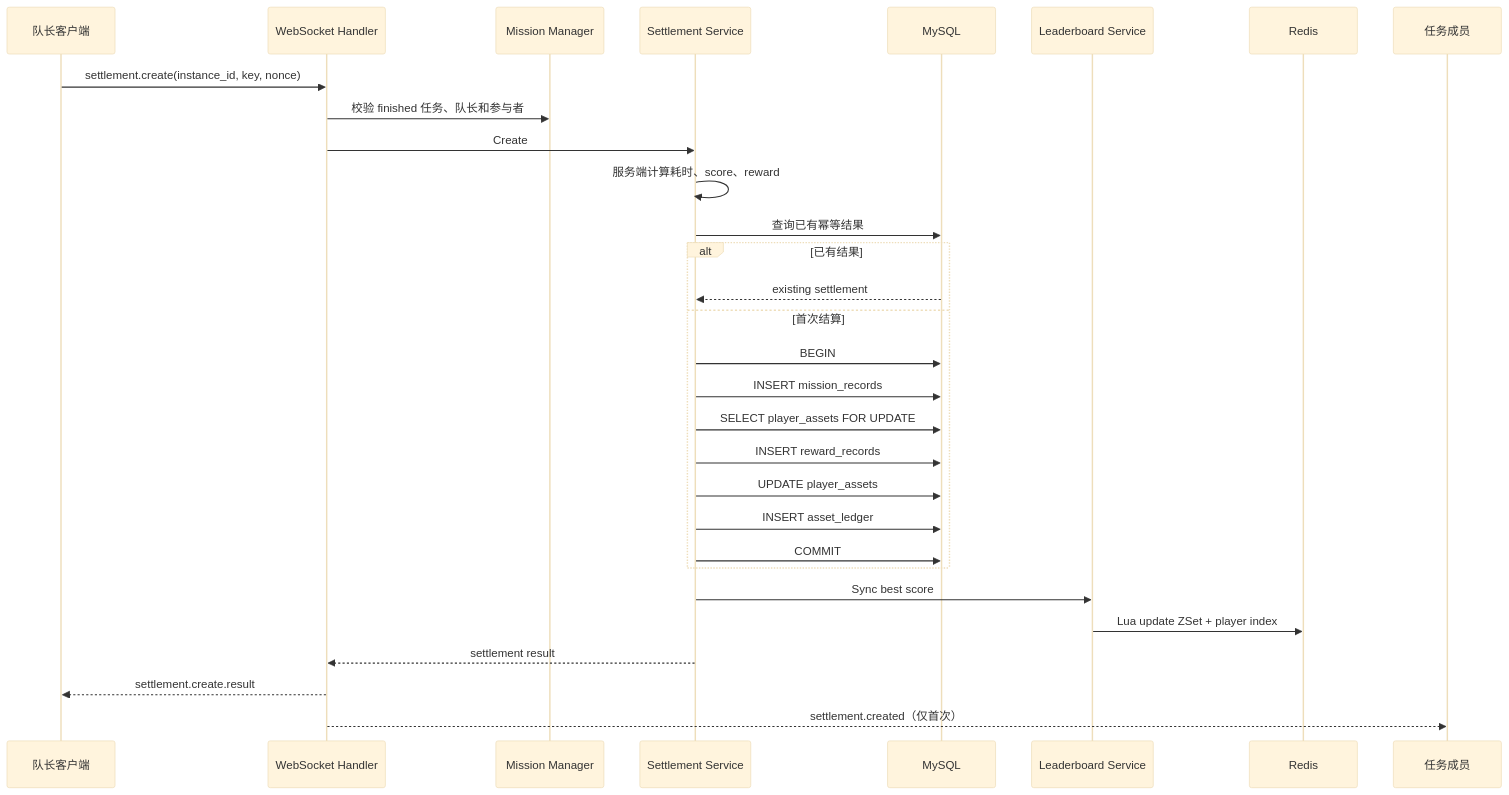
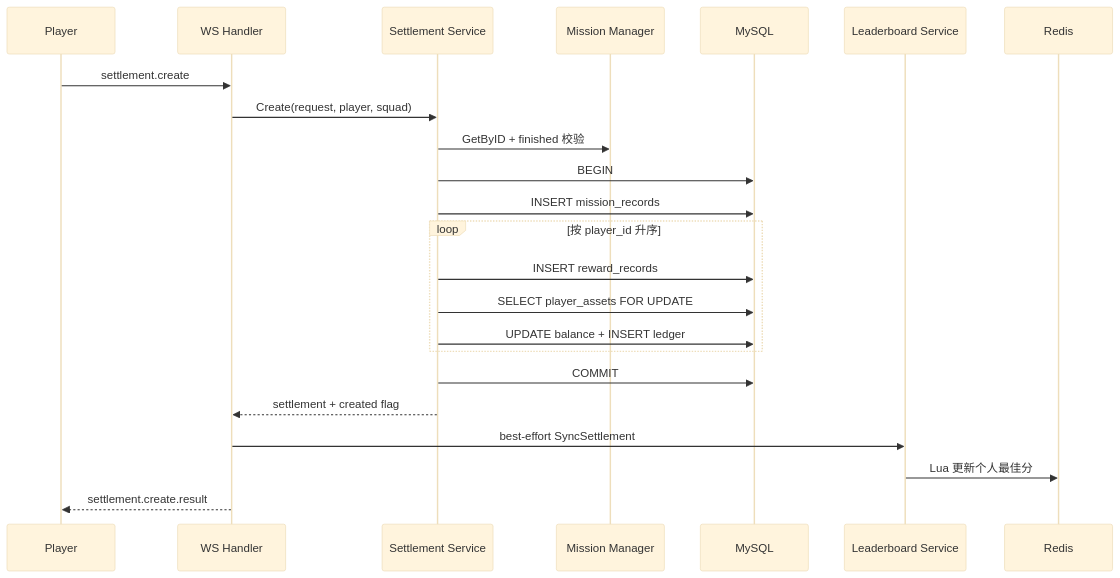
The fifth of 6 diagrams in docs/data-flow.md (lki-H/game-realtime-gm), drawn with Mermaid (base theme) before and after one commit. The commit also changed other lines of this file and 22 other files, not shown here.

````diff
--- a/docs/data-flow.md
+++ b/docs/data-flow.md
@@ -169,35 +118,26 @@
 ```mermaid
 sequenceDiagram
-    participant Leader as 队长客户端
-    participant WS as WebSocket Handler
-    participant Mission as Mission Manager
-    participant Settle as Settlement Service
-    participant MySQL as MySQL
-    participant Rank as Leaderboard Service
-    participant Redis as Redis
-    participant Members as 任务成员
+    participant C as Player
+    participant H as WS Handler
+    participant S as Settlement Service
+    participant M as Mission Manager
+    participant DB as MySQL
+    participant L as Leaderboard Service
+    participant R as Redis
 
-    Leader->>WS: settlement.create(instance_id, key, nonce)
-    WS->>Mission: 校验 finished 任务、队长和参与者
-    WS->>Settle: Create
-    Settle->>Settle: 服务端计算耗时、score、reward
-    Settle->>MySQL: 查询已有幂等结果
-
-    alt 已有结果
-        MySQL-->>Settle: existing settlement
-    else 首次结算
-        Settle->>MySQL: BEGIN
-        Settle->>MySQL: INSERT mission_records
-        Settle->>MySQL: SELECT player_assets FOR UPDATE
-        Settle->>MySQL: INSERT reward_records
-        Settle->>MySQL: UPDATE player_assets
-        Settle->>MySQL: INSERT asset_ledger
-        Settle->>MySQL: COMMIT
+    C->>H: settlement.create
+    H->>S: Create(request, player, squad)
+    S->>M: GetByID + finished 校验
+    S->>DB: BEGIN
+    S->>DB: INSERT mission_records
+    loop 按 player_id 升序
+        S->>DB: INSERT reward_records
+        S->>DB: SELECT player_assets FOR UPDATE
+        S->>DB: UPDATE balance + INSERT ledger
     end
-
-    Settle->>Rank: Sync best score
-    Rank->>Redis: Lua update ZSet + player index
-    Settle-->>WS: settlement result
-    WS-->>Leader: settlement.create.result
-    WS-->>Members: settlement.created（仅首次）
+    S->>DB: COMMIT
+    S-->>H: settlement + created flag
+    H->>L: best-effort SyncSettlement
+    L->>R: Lua 更新个人最佳分
+    H-->>C: settlement.create.result
 ```
````
